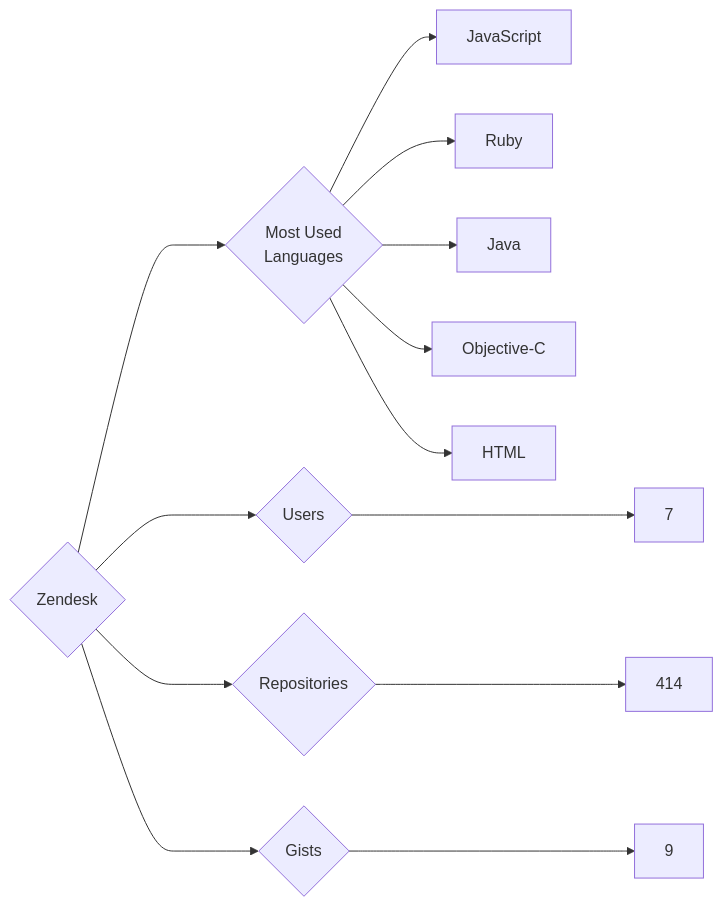
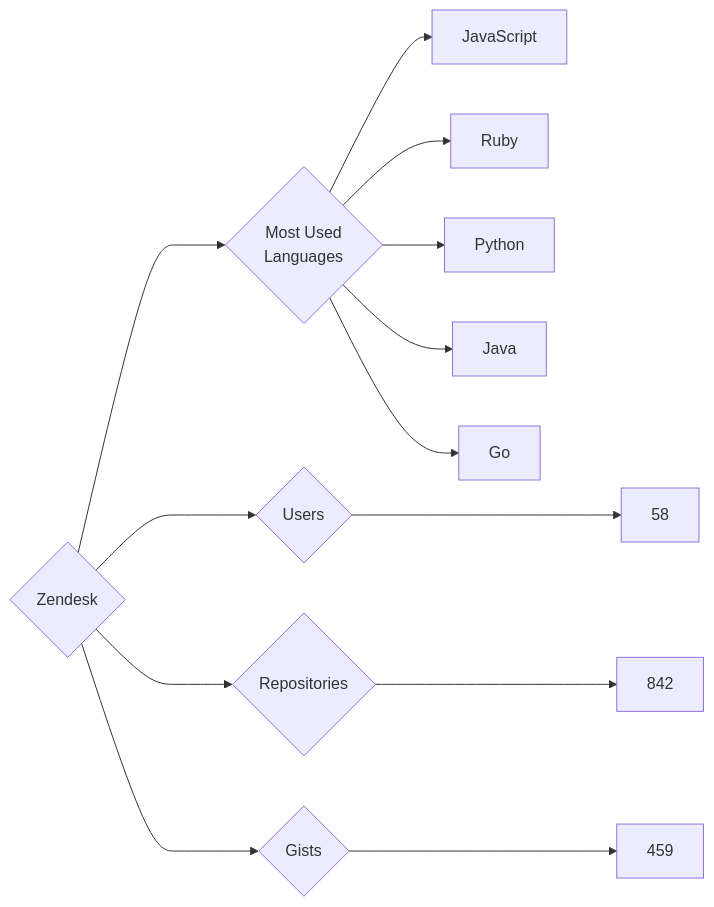
One commit to trickest/insiders changed the diagram in targets/Zendesk/README.md. Above: the diagram before and after it, drawn with Mermaid. The commit also changed 796 other files, not shown here.

````diff
--- a/targets/Zendesk/README.md
+++ b/targets/Zendesk/README.md
@@ -3,13 +3,13 @@
 ```mermaid
 graph LR
 COMPANY_NAME{Zendesk}
-COMPANY_NAME ---> U{Users} ---> UN[7]
-COMPANY_NAME ---> R{Repositories} ---> RN[414]
-COMPANY_NAME ---> G{Gists} ---> GN[9]
+COMPANY_NAME ---> U{Users} ---> UN[58]
+COMPANY_NAME ---> R{Repositories} ---> RN[842]
+COMPANY_NAME ---> G{Gists} ---> GN[459]
 COMPANY_NAME ---> ML{Most Used<br>Languages}
 ML --> JavaScript[JavaScript]
 ML --> Ruby[Ruby]
+ML --> Python[Python]
 ML --> Java[Java]
-ML --> Objective-C[Objective-C]
-ML --> HTML[HTML]
+ML --> Go[Go]
 ```
````
